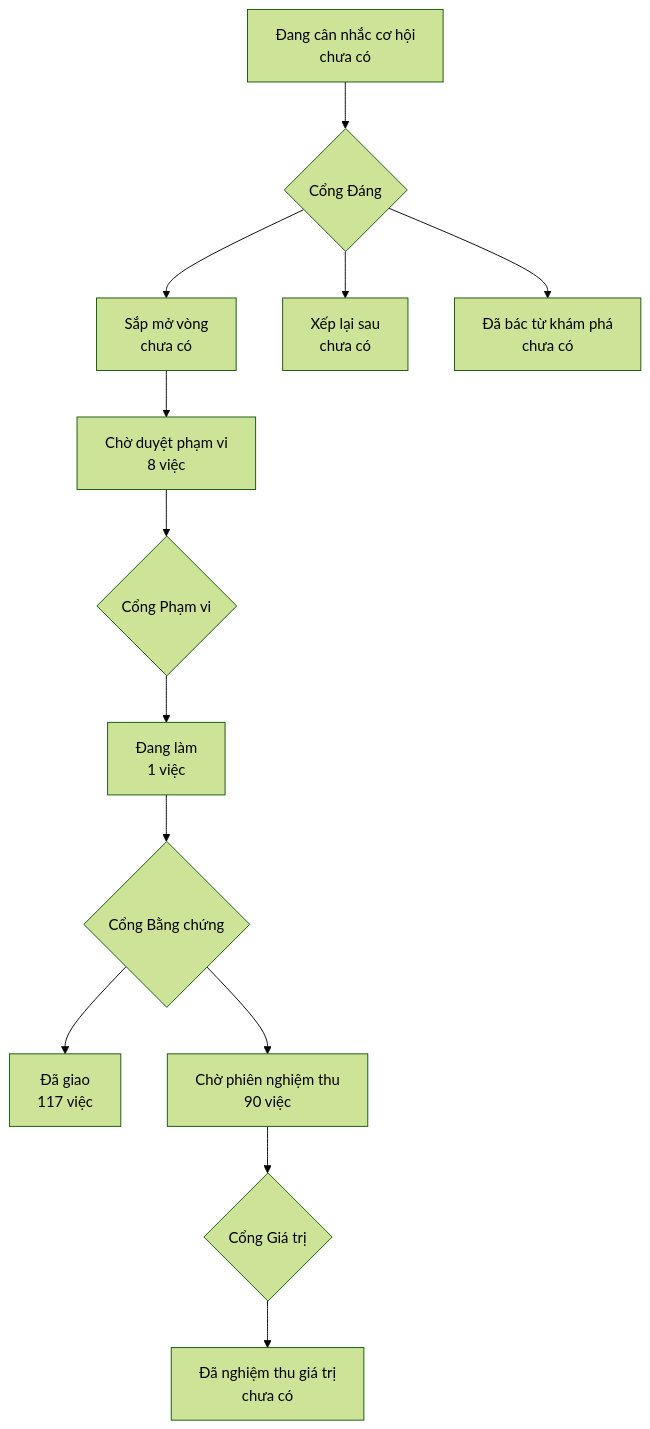
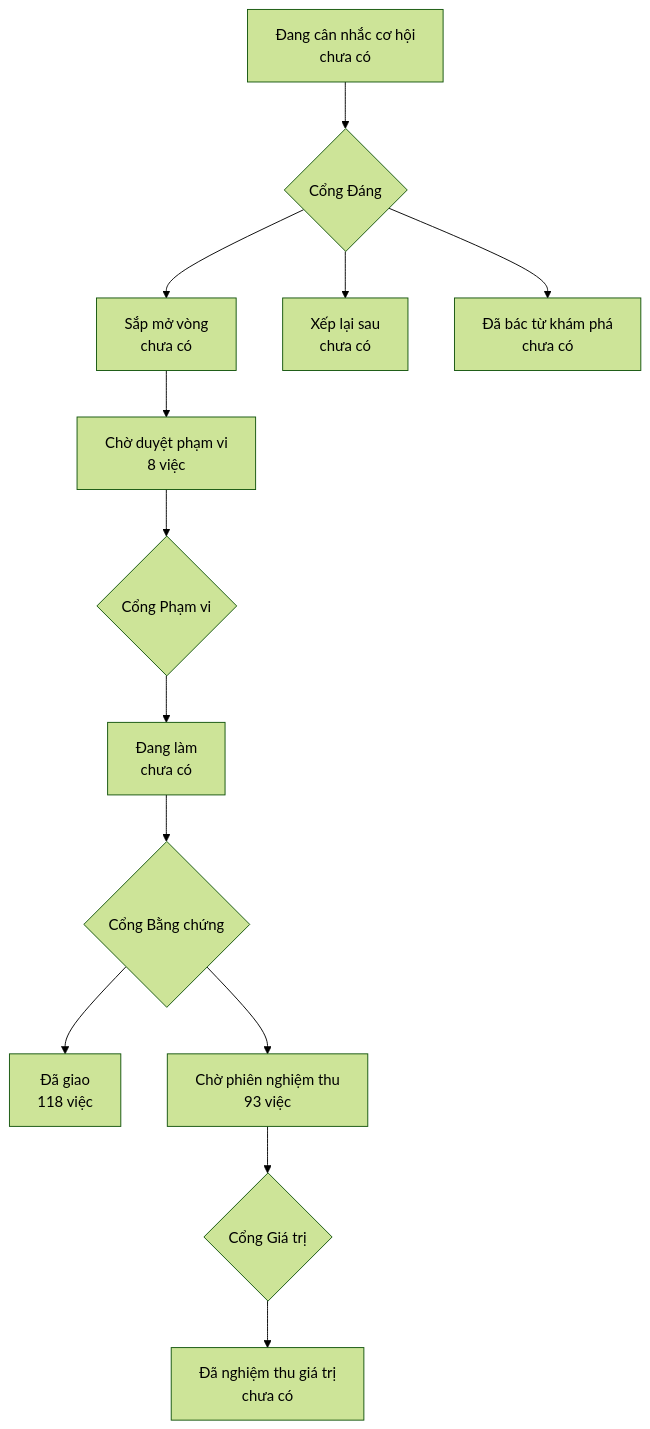
The diagram in PRODUCT-MAP.md (phanlemanh/onehub-invest), drawn with Mermaid (forest theme) before and after one commit. The commit also changed other lines of this file and 4 other files, not shown here.

````diff
--- a/PRODUCT-MAP.md
+++ b/PRODUCT-MAP.md
@@ -7,12 +7,12 @@
 ```mermaid
 flowchart TD
   A["Đang cân nhắc cơ hội<br/>chưa có"] --> GD{"Cổng Đáng"}
   GD --> B["Sắp mở vòng<br/>chưa có"]
   GD --> XL["Xếp lại sau<br/>chưa có"]
   GD --> DB["Đã bác từ khám phá<br/>chưa có"]
   B --> CD["Chờ duyệt phạm vi<br/>8 việc"] --> GP{"Cổng Phạm vi"}
-  GP --> DL["Đang làm<br/>1 việc"] --> GB{"Cổng Bằng chứng"}
-  GB --> DG["Đã giao<br/>117 việc"]
-  GB --> CN["Chờ phiên nghiệm thu<br/>90 việc"] --> GG{"Cổng Giá trị"}
+  GP --> DL["Đang làm<br/>chưa có"] --> GB{"Cổng Bằng chứng"}
+  GB --> DG["Đã giao<br/>118 việc"]
+  GB --> CN["Chờ phiên nghiệm thu<br/>93 việc"] --> GG{"Cổng Giá trị"}
   GG --> NT["Đã nghiệm thu giá trị<br/>chưa có"]
 ```
````
